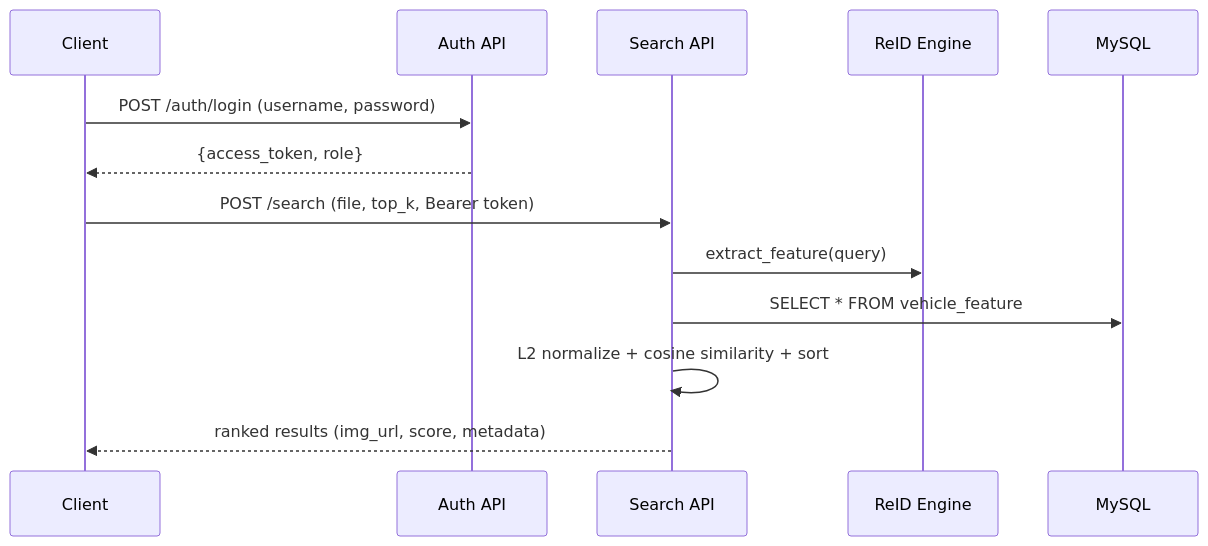
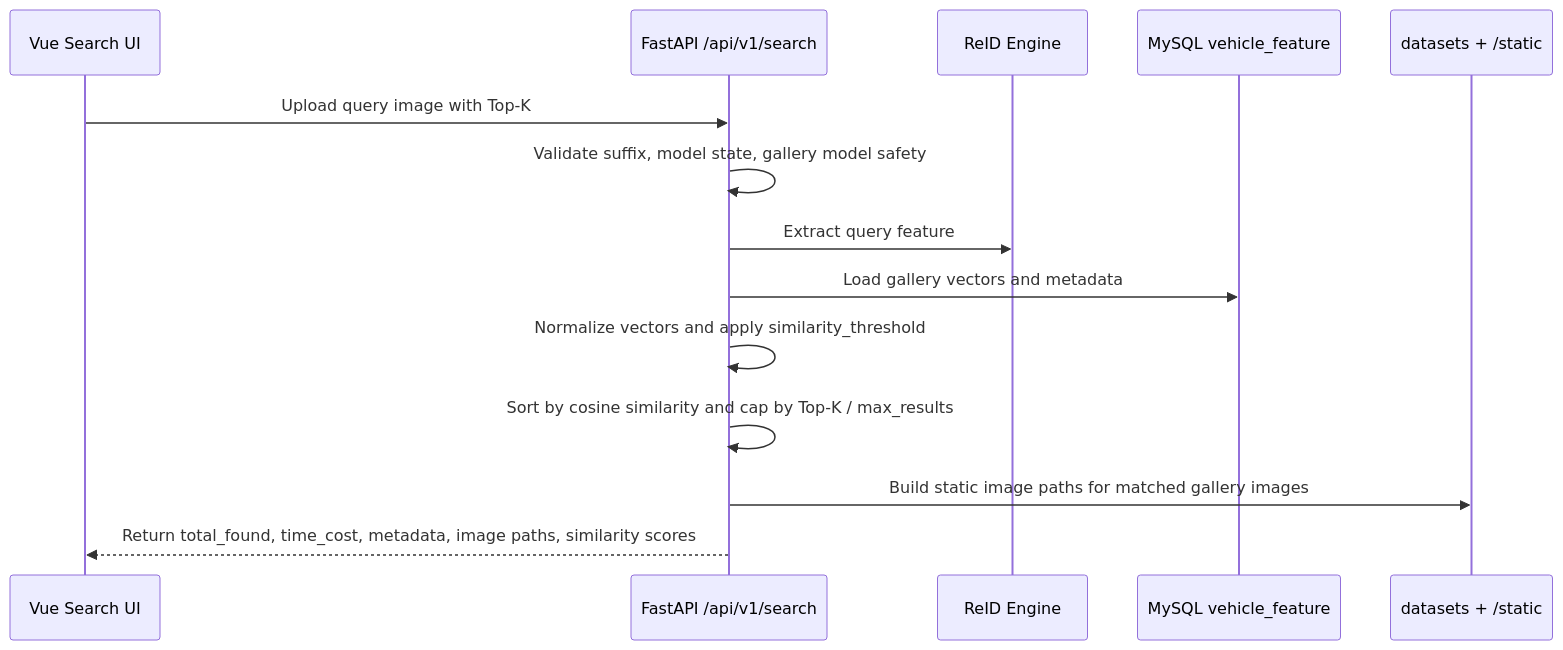
The second of 5 diagrams in readme.md (Rand0MGG/vehicle-reid-system), drawn with Mermaid before and after one commit. The commit also changed other lines of this file and 9 other files, not shown here.

````diff
--- a/readme.md
+++ b/readme.md
@@ -409,17 +194,17 @@
 ```mermaid
 sequenceDiagram
-  participant C as Client
-  participant A as Auth API
-  participant S as Search API
+  participant UI as Vue Search UI
+  participant API as FastAPI /api/v1/search
   participant E as ReID Engine
-  participant D as MySQL
+  participant DB as MySQL vehicle_feature
+  participant FS as datasets + /static
 
-  C->>A: POST /auth/login (username, password)
-  A-->>C: {access_token, role}
-
-  C->>S: POST /search (file, top_k, Bearer token)
-  S->>E: extract_feature(query)
-  S->>D: SELECT * FROM vehicle_feature
-  S->>S: L2 normalize + cosine similarity + sort
-  S-->>C: ranked results (img_url, score, metadata)
+  UI->>API: Upload query image with Top-K
+  API->>API: Validate suffix, model state, gallery model safety
+  API->>E: Extract query feature
+  API->>DB: Load gallery vectors and metadata
+  API->>API: Normalize vectors and apply similarity_threshold
+  API->>API: Sort by cosine similarity and cap by Top-K / max_results
+  API->>FS: Build static image paths for matched gallery images
+  API-->>UI: Return total_found, time_cost, metadata, image paths, similarity scores
 ```
````
